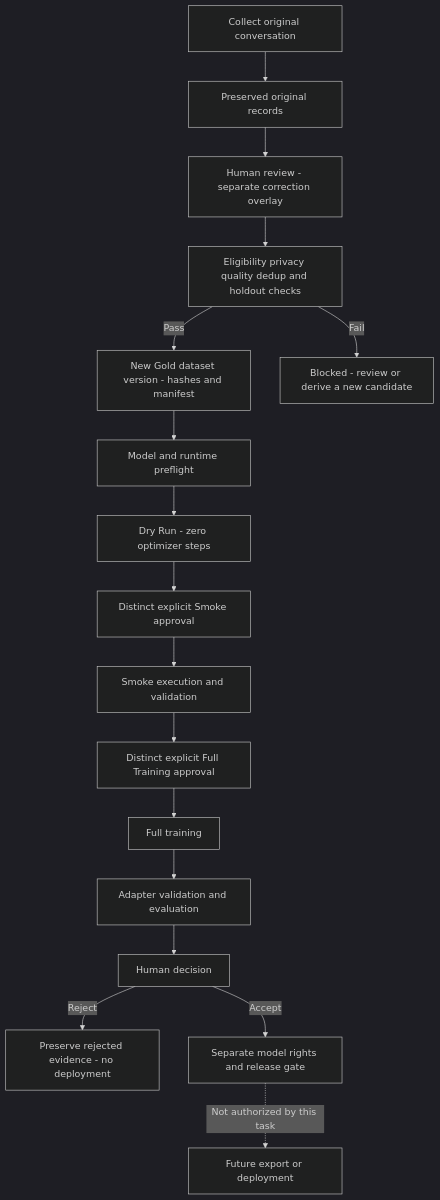
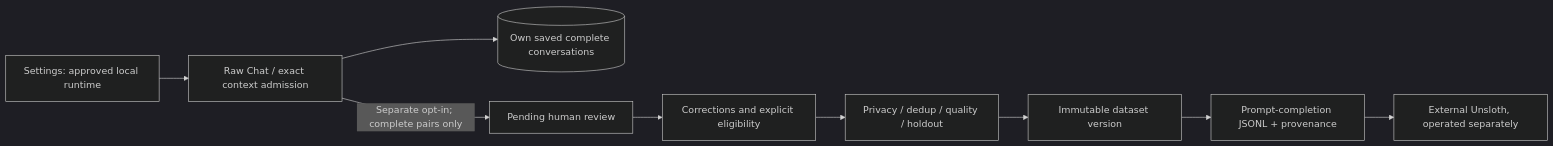
The diagram in README.md (abinadwan/NajdiLab), drawn with Mermaid (dark theme) before and after one commit. The commit also changed other lines of this file and 61 other files, not shown here.

Commit message:
feat: focus NajdiLab on guarded raw chat and dataset handoff

````diff
--- a/README.md
+++ b/README.md
@@ -239,19 +46,11 @@
 ```mermaid
-flowchart TB
-  C[Collect original conversation] --> O[Preserved original records]
-  O --> R[Human review - separate correction overlay]
-  R --> V[Eligibility privacy quality dedup and holdout checks]
-  V -->|Pass| G[New Gold dataset version - hashes and manifest]
-  V -->|Fail| X[Blocked - review or derive a new candidate]
-  G --> P[Model and runtime preflight]
-  P --> D[Dry Run - zero optimizer steps]
-  D --> S[Distinct explicit Smoke approval]
-  S --> ST[Smoke execution and validation]
-  ST --> F[Distinct explicit Full Training approval]
-  F --> T[Full training]
-  T --> A[Adapter validation and evaluation]
-  A --> H[Human decision]
-  H -->|Reject| K[Preserve rejected evidence - no deployment]
-  H -->|Accept| L[Separate model rights and release gate]
-  L -.->|Not authorized by this task| E[Future export or deployment]
+flowchart LR
+  I[Settings: approved local runtime] --> C[Raw Chat / exact context admission]
+  C --> S[(Own saved complete conversations)]
+  C -->|Separate opt-in; complete pairs only| R[Pending human review]
+  R --> H[Corrections and explicit eligibility]
+  H --> Q[Privacy / dedup / quality / holdout]
+  Q --> V[Immutable dataset version]
+  V --> U[Prompt-completion JSONL + provenance]
+  U --> E[External Unsloth, operated separately]
 ```
````
